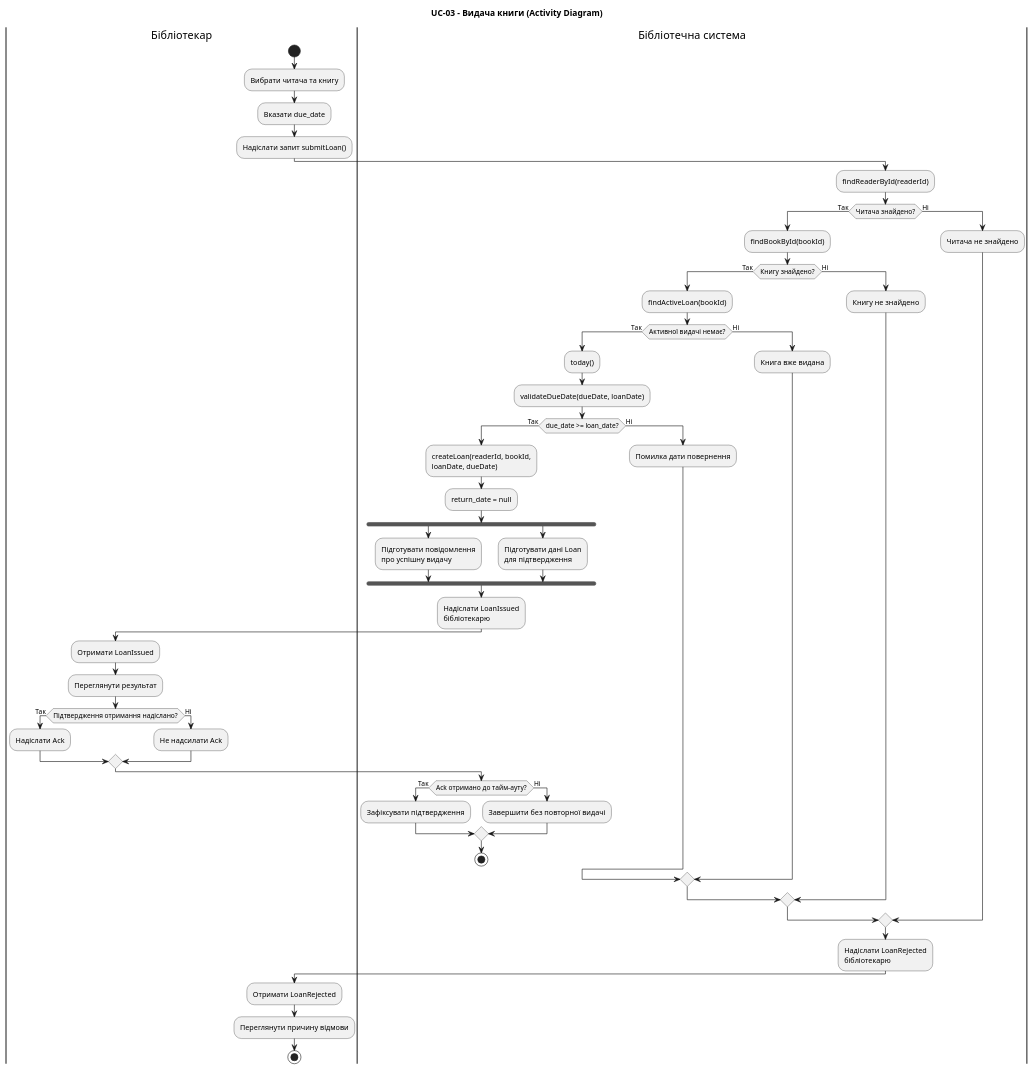
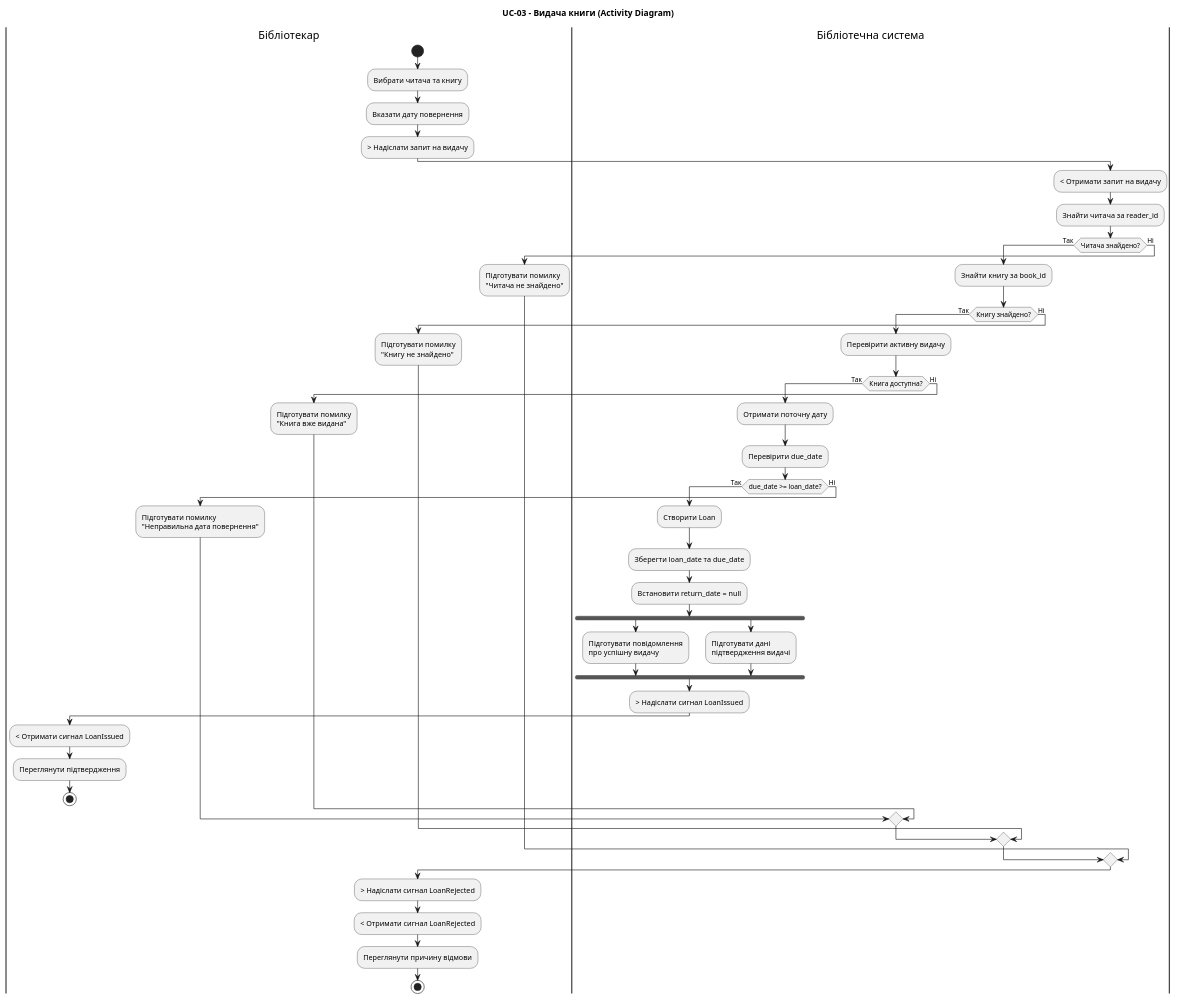
Before and after one commit to xdddd1234/lab4: the diagram in diagrams/book-loan-activity.puml, drawn with PlantUML.

Commit message:
fix: simplify message flow and use signal events

```diff
--- a/diagrams/book-loan-activity.puml
+++ b/diagrams/book-loan-activity.puml
@@ -2,86 +2,75 @@
 @startuml
 title UC-03 - Видача книги (Activity Diagram)
 
 |Бібліотекар|
 start
 :Вибрати читача та книгу;
-:Вказати due_date;
-:Надіслати запит submitLoan();
+:Вказати дату повернення;
+:> Надіслати запит на видачу;
 
 |Бібліотечна система|
-:findReaderById(readerId);
+:< Отримати запит на видачу;
+:Знайти читача за reader_id;
 
 if (Читача знайдено?) then (Так)
 
-  :findBookById(bookId);
+  :Знайти книгу за book_id;
 
   if (Книгу знайдено?) then (Так)
 
-    :findActiveLoan(bookId);
+    :Перевірити активну видачу;
 
-    if (Активної видачі немає?) then (Так)
+    if (Книга доступна?) then (Так)
 
-      :today();
-      :validateDueDate(dueDate, loanDate);
+      :Отримати поточну дату;
+      :Перевірити due_date;
 
       if (due_date >= loan_date?) then (Так)
 
-        :createLoan(readerId, bookId,
-        loanDate, dueDate);
-        :return_date = null;
+        :Створити Loan;
+        :Зберегти loan_date та due_date;
+        :Встановити return_date = null;
 
         fork
           :Підготувати повідомлення
           про успішну видачу;
         fork again
-          :Підготувати дані Loan
-          для підтвердження;
+          :Підготувати дані
+          підтвердження видачі;
         end fork
 
-        :Надіслати LoanIssued
-        бібліотекарю; <<sendSignal>>
+        :> Надіслати сигнал LoanIssued;
 
         |Бібліотекар|
-        :Отримати LoanIssued; <<acceptEvent>>
-        :Переглянути результат;
-
-        if (Підтвердження отримання надіслано?) then (Так)
-          :Надіслати Ack;
-        else (Ні)
-          :Не надсилати Ack;
-        endif
-
-        |Бібліотечна система|
-        if (Ack отримано до тайм-ауту?) then (Так)
-          :Зафіксувати підтвердження;
-        else (Ні)
-          :Завершити без повторної видачі;
-        endif
-
+        :< Отримати сигнал LoanIssued;
+        :Переглянути підтвердження;
         stop
 
       else (Ні)
-        :Помилка дати повернення;
+        :Підготувати помилку
+        "Неправильна дата повернення";
       endif
 
     else (Ні)
-      :Книга вже видана;
+      :Підготувати помилку
+      "Книга вже видана";
     endif
 
   else (Ні)
-    :Книгу не знайдено;
+    :Підготувати помилку
+    "Книгу не знайдено";
   endif
 
 else (Ні)
-  :Читача не знайдено;
+  :Підготувати помилку
+  "Читача не знайдено";
 endif
 
-:Надіслати LoanRejected
-бібліотекарю; <<sendSignal>>
+:> Надіслати сигнал LoanRejected;
 
 |Бібліотекар|
-:Отримати LoanRejected; <<acceptEvent>>
+:< Отримати сигнал LoanRejected;
 :Переглянути причину відмови;
+stop
 
-stop
 @enduml
```
